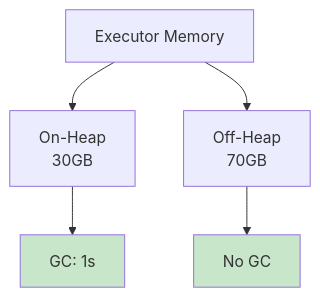
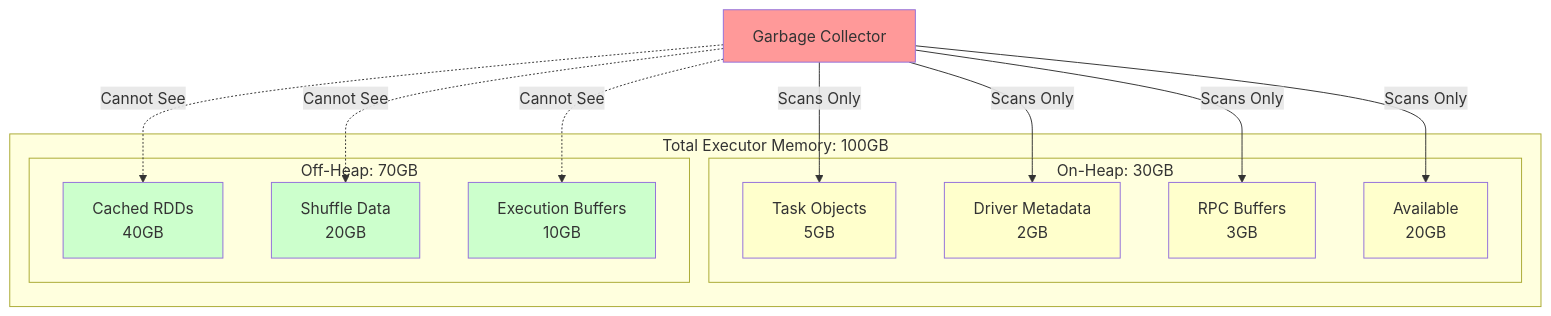
Before and after one commit to Anmol33/SystemDesign: the fifth of 19 diagrams in Batch Processing/spark_internals/04_spark_memory_and_serialization.md, drawn with Mermaid. The commit also changed other lines of this file, not shown here.

First line of the commit message:
Enhance Off-Heap Memory section with comprehensive explanations

````diff
--- a/Batch Processing/spark_internals/04_spark_memory_and_serialization.md
+++ b/Batch Processing/spark_internals/04_spark_memory_and_serialization.md
@@ -132,13 +131,36 @@
 ```mermaid
 graph TB
-    Total[Executor Memory]
+    subgraph "Total Executor Memory: 100GB"
+        subgraph "On-Heap: 30GB"
+            OH1[Task Objects<br/>5GB]
+            OH2[Driver Metadata<br/>2GB]
+            OH3[RPC Buffers<br/>3GB]
+            OH4[Available<br/>20GB]
+        end
+        
+        subgraph "Off-Heap: 70GB"
+            OFF1[Cached RDDs<br/>40GB]
+            OFF2[Shuffle Data<br/>20GB]
+            OFF3[Execution Buffers<br/>10GB]
+        end
+    end
     
-    Total --> OnHeap[On-Heap<br/>30GB]
-    Total --> OffHeap[Off-Heap<br/>70GB]
+    GC[Garbage Collector]
+    GC -->|Scans Only| OH1
+    GC -->|Scans Only| OH2
+    GC -->|Scans Only| OH3
+    GC -->|Scans Only| OH4
     
-    OnHeap --> GC[GC: 1s]
-    OffHeap --> NoGC[No GC]
+    GC -.->|Cannot See| OFF1
+    GC -.->|Cannot See| OFF2
+    GC -.->|Cannot See| OFF3
     
-    style GC fill:#c8e6c9
-    style NoGC fill:#c8e6c9
+    style GC fill:#ff9999
+    style OH1 fill:#ffffcc
+    style OH2 fill:#ffffcc
+    style OH3 fill:#ffffcc
+    style OH4 fill:#ffffcc
+    style OFF1 fill:#ccffcc
+    style OFF2 fill:#ccffcc
+    style OFF3 fill:#ccffcc
 ```
````
